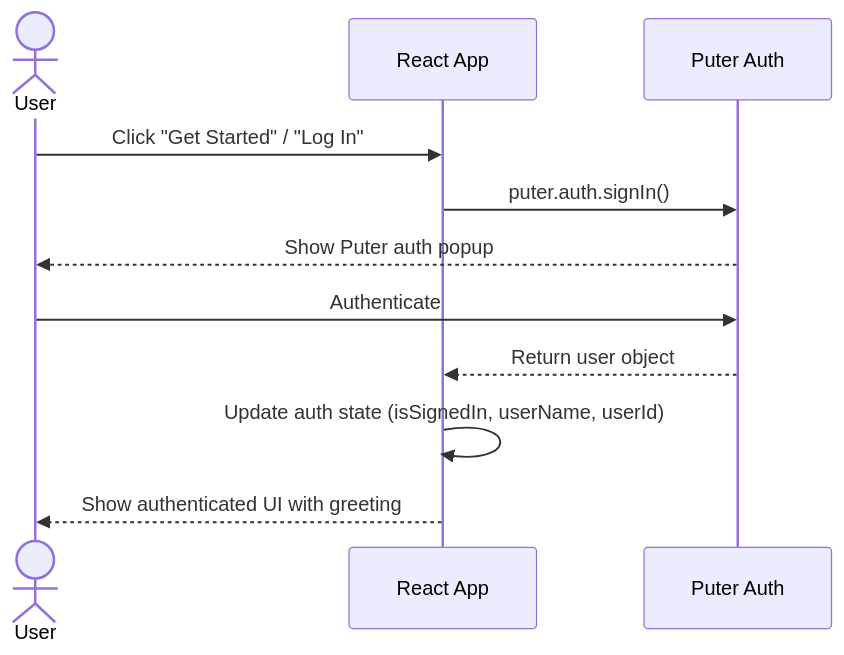
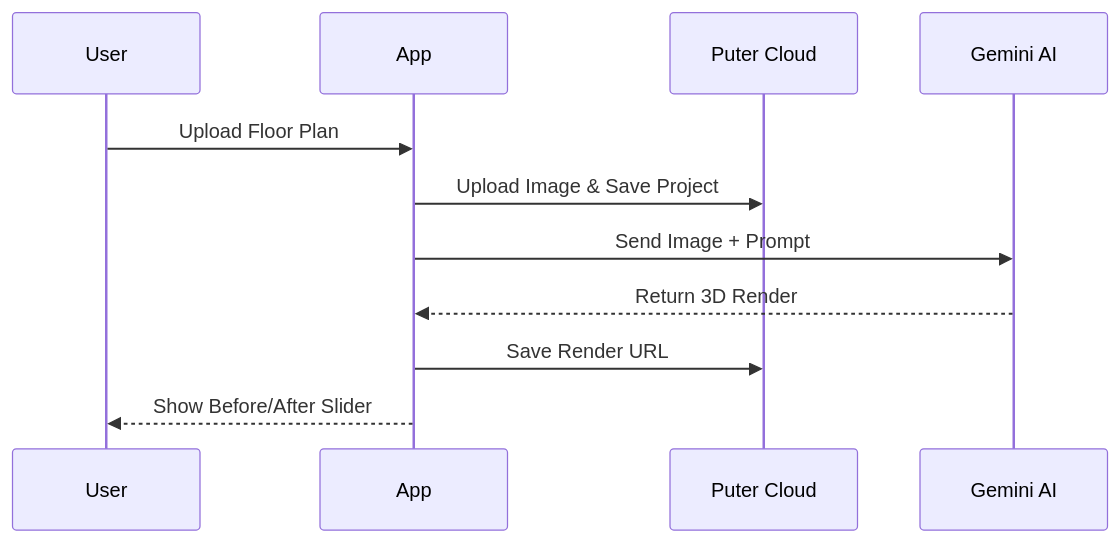
The second of 3 diagrams in README.md (Harshit77l/roomify), drawn with Mermaid before and after one commit. The commit also changed other lines of this file, not shown here.

````diff
--- a/README.md
+++ b/README.md
@@ -205,14 +74,14 @@
 ```mermaid
 sequenceDiagram
-    actor User
-    participant App as React App
-    participant Puter as Puter Auth
+    participant User
+    participant App
+    participant Puter as Puter Cloud
+    participant AI as Gemini AI
 
-    User->>App: Click "Get Started" / "Log In"
-    App->>Puter: puter.auth.signIn()
-    Puter-->>User: Show Puter auth popup
-    User->>Puter: Authenticate
-    Puter-->>App: Return user object
-    App->>App: Update auth state (isSignedIn, userName, userId)
-    App-->>User: Show authenticated UI with greeting
+    User->>App: Upload Floor Plan
+    App->>Puter: Upload Image & Save Project
+    App->>AI: Send Image + Prompt
+    AI-->>App: Return 3D Render
+    App->>Puter: Save Render URL
+    App-->>User: Show Before/After Slider
 ```
````
